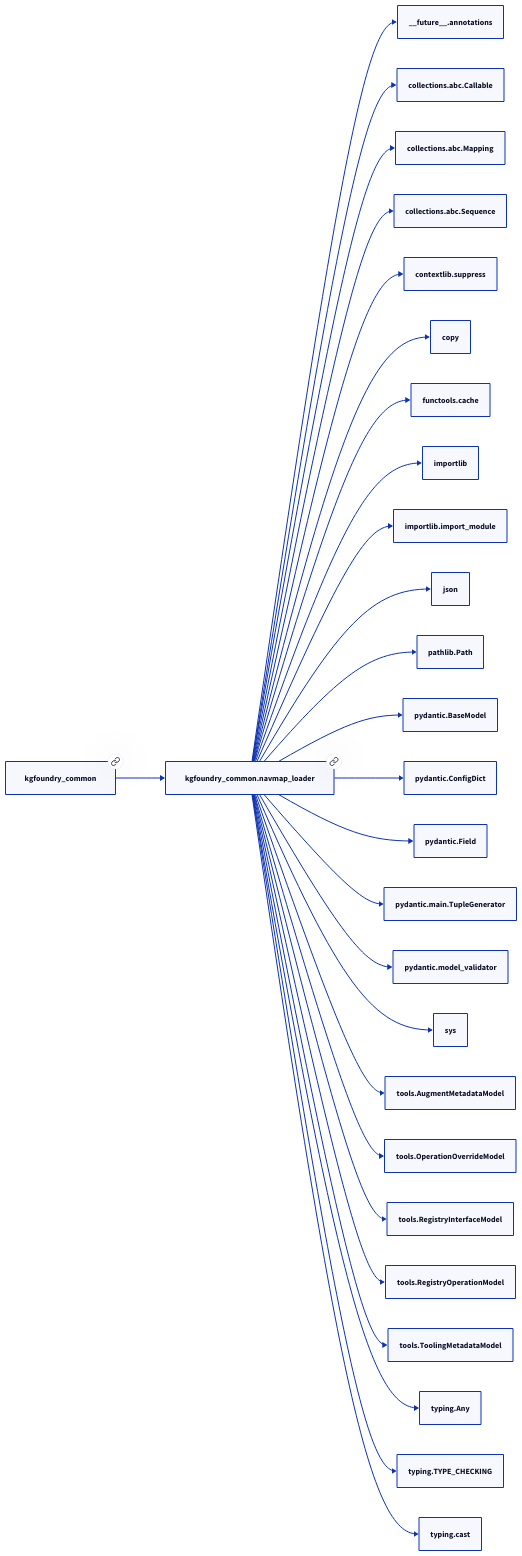
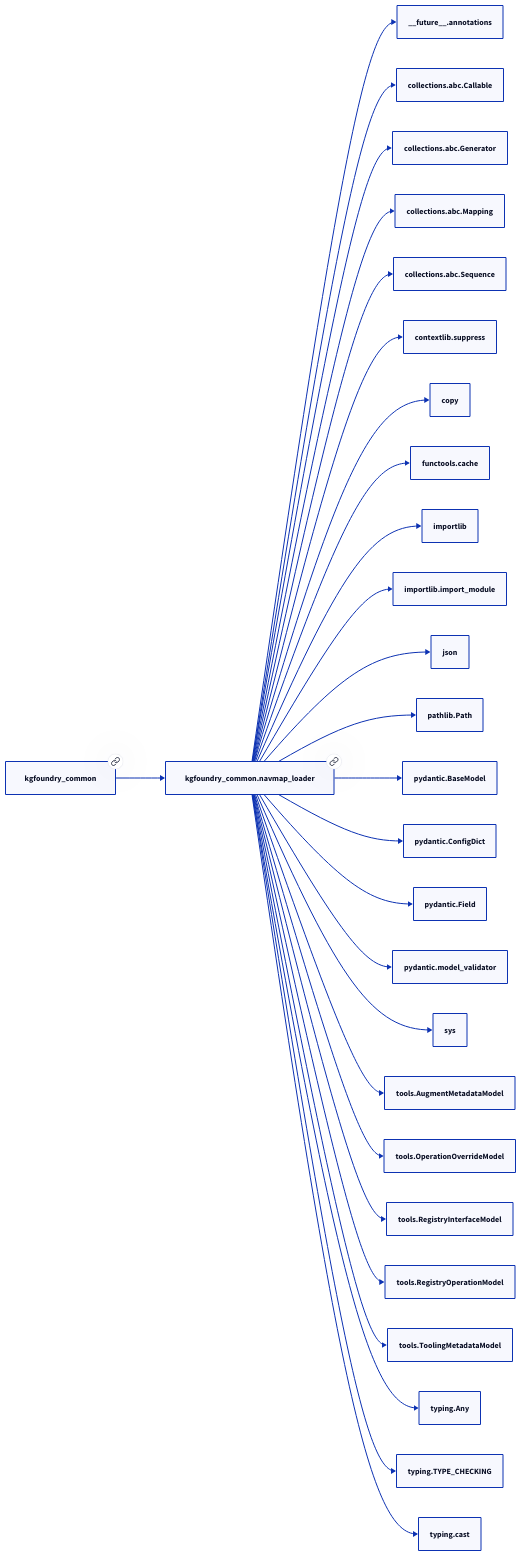
Before and after one commit to paul-heyse/kgforge: the second of 2 diagrams in docs/modules/kgfoundry_common/navmap_loader.md, drawn with D2. The commit also changed other lines of this file and 45 other files, not shown here.

````diff
--- a/docs/modules/kgfoundry_common/navmap_loader.md
+++ b/docs/modules/kgfoundry_common/navmap_loader.md
@@ -171,56 +171,56 @@
 ```d2
 direction: right
 "kgfoundry_common.navmap_loader": "kgfoundry_common.navmap_loader" { link: "https://github.com/paul-heyse/kgfoundry/blob/main/src/kgfoundry_common/navmap_loader.py" }
 "__future__.annotations": "__future__.annotations"
 "kgfoundry_common.navmap_loader" -> "__future__.annotations"
 "collections.abc.Callable": "collections.abc.Callable"
 "kgfoundry_common.navmap_loader" -> "collections.abc.Callable"
+"collections.abc.Generator": "collections.abc.Generator"
+"kgfoundry_common.navmap_loader" -> "collections.abc.Generator"
 "collections.abc.Mapping": "collections.abc.Mapping"
 "kgfoundry_common.navmap_loader" -> "collections.abc.Mapping"
 "collections.abc.Sequence": "collections.abc.Sequence"
 "kgfoundry_common.navmap_loader" -> "collections.abc.Sequence"
 "contextlib.suppress": "contextlib.suppress"
 "kgfoundry_common.navmap_loader" -> "contextlib.suppress"
 "copy": "copy"
 "kgfoundry_common.navmap_loader" -> "copy"
 "functools.cache": "functools.cache"
 "kgfoundry_common.navmap_loader" -> "functools.cache"
 "importlib": "importlib"
 "kgfoundry_common.navmap_loader" -> "importlib"
 "importlib.import_module": "importlib.import_module"
 "kgfoundry_common.navmap_loader" -> "importlib.import_module"
 "json": "json"
 "kgfoundry_common.navmap_loader" -> "json"
 "pathlib.Path": "pathlib.Path"
 "kgfoundry_common.navmap_loader" -> "pathlib.Path"
 "pydantic.BaseModel": "pydantic.BaseModel"
 "kgfoundry_common.navmap_loader" -> "pydantic.BaseModel"
 "pydantic.ConfigDict": "pydantic.ConfigDict"
 "kgfoundry_common.navmap_loader" -> "pydantic.ConfigDict"
 "pydantic.Field": "pydantic.Field"
 "kgfoundry_common.navmap_loader" -> "pydantic.Field"
-"pydantic.main.TupleGenerator": "pydantic.main.TupleGenerator"
-"kgfoundry_common.navmap_loader" -> "pydantic.main.TupleGenerator"
 "pydantic.model_validator": "pydantic.model_validator"
 "kgfoundry_common.navmap_loader" -> "pydantic.model_validator"
 "sys": "sys"
 "kgfoundry_common.navmap_loader" -> "sys"
 "tools.AugmentMetadataModel": "tools.AugmentMetadataModel"
 "kgfoundry_common.navmap_loader" -> "tools.AugmentMetadataModel"
 "tools.OperationOverrideModel": "tools.OperationOverrideModel"
 "kgfoundry_common.navmap_loader" -> "tools.OperationOverrideModel"
 "tools.RegistryInterfaceModel": "tools.RegistryInterfaceModel"
 "kgfoundry_common.navmap_loader" -> "tools.RegistryInterfaceModel"
 "tools.RegistryOperationModel": "tools.RegistryOperationModel"
 "kgfoundry_common.navmap_loader" -> "tools.RegistryOperationModel"
 "tools.ToolingMetadataModel": "tools.ToolingMetadataModel"
 "kgfoundry_common.navmap_loader" -> "tools.ToolingMetadataModel"
 "typing.Any": "typing.Any"
 "kgfoundry_common.navmap_loader" -> "typing.Any"
 "typing.TYPE_CHECKING": "typing.TYPE_CHECKING"
 "kgfoundry_common.navmap_loader" -> "typing.TYPE_CHECKING"
 "typing.cast": "typing.cast"
 "kgfoundry_common.navmap_loader" -> "typing.cast"
 "kgfoundry_common": "kgfoundry_common" { link: "https://github.com/paul-heyse/kgfoundry/blob/main/src/kgfoundry_common/__init__.py" }
 "kgfoundry_common" -> "kgfoundry_common.navmap_loader" { style: dashed }
 ```
````
